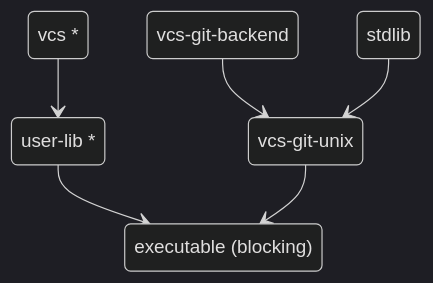
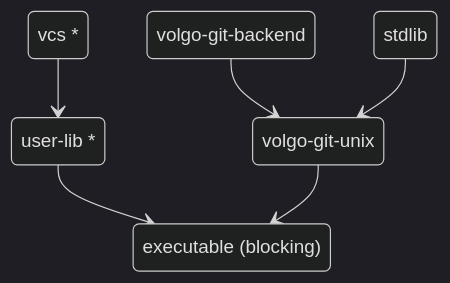
One commit to mbarbin/vcs changed the second of 3 diagrams in doc/docs/explanation/README.md. Above: the diagram before and after it, drawn with Mermaid (dark theme). The commit also changed other lines of this file and 21 other files, not shown here.

````diff
--- a/doc/docs/explanation/README.md
+++ b/doc/docs/explanation/README.md
@@ -44,14 +44,14 @@
 ```mermaid
 stateDiagram-v2
   vcs : vcs *
   user : user-lib *
-  vcs_git_backend : vcs-git-backend
+  volgo_git_backend : volgo-git-backend
   executable : executable (blocking)
-  backend : vcs-git-unix
+  backend : volgo-git-unix
   runtime : stdlib
   vcs --> user
   user --> executable
-  vcs_git_backend --> backend
+  volgo_git_backend --> backend
   runtime --> backend
   backend --> executable
 ```
````
